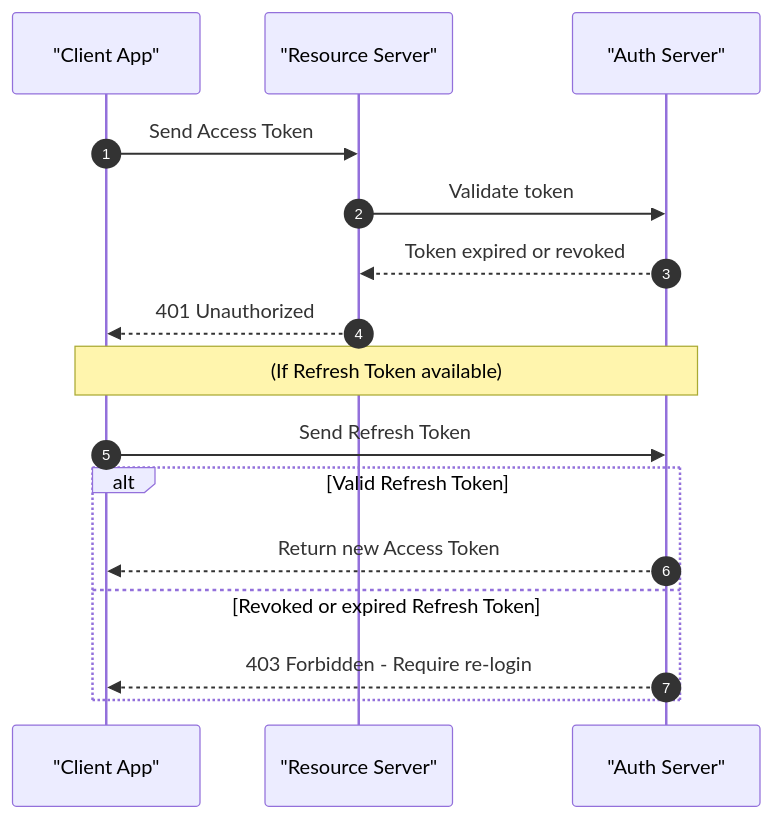
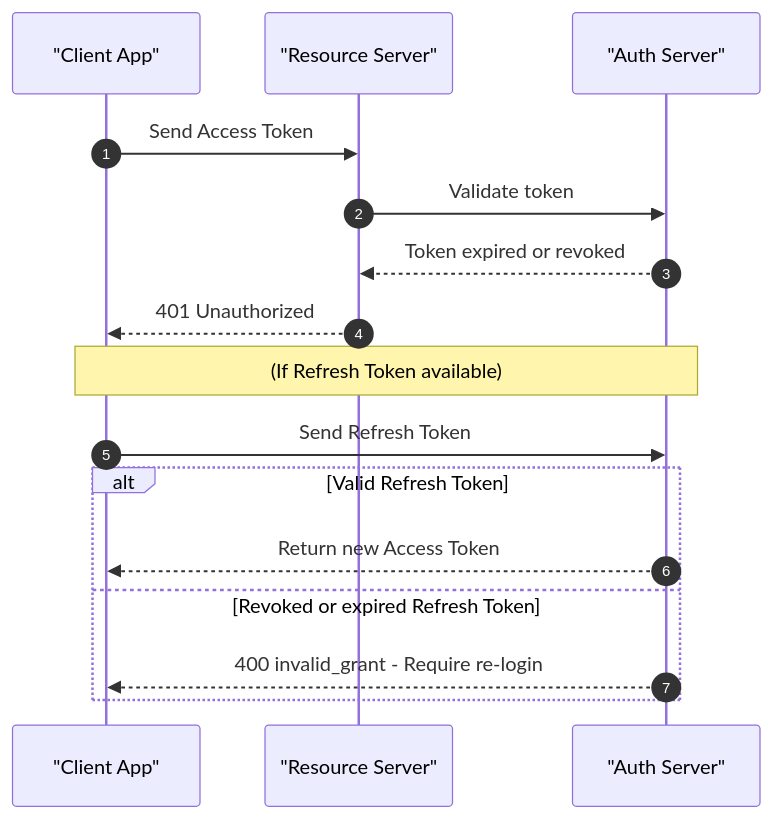
Before and after one commit to sunflynf/web-notes: the third of 3 diagrams in docs/key-notes/authentication.md, drawn with Mermaid. The commit also changed other lines of this file and 8 other files, not shown here.

````diff
--- a/docs/key-notes/authentication.md
+++ b/docs/key-notes/authentication.md
@@ -78,20 +84,20 @@
 ```mermaid
 sequenceDiagram
     autonumber
     participant Client_App as "Client App"
     participant Resource_Server as "Resource Server"
     participant Auth_Server as "Auth Server"
 
     Client_App->>Resource_Server: Send Access Token
     Resource_Server->>Auth_Server: Validate token
     Auth_Server-->>Resource_Server: Token expired or revoked
     Resource_Server-->>Client_App: 401 Unauthorized
 
     Note over Client_App,Auth_Server: (If Refresh Token available)
     Client_App->>Auth_Server: Send Refresh Token
     alt Valid Refresh Token
         Auth_Server-->>Client_App: Return new Access Token
     else Revoked or expired Refresh Token
-        Auth_Server-->>Client_App: 403 Forbidden - Require re-login
+        Auth_Server-->>Client_App: 400 invalid_grant - Require re-login
     end
 ```
````
